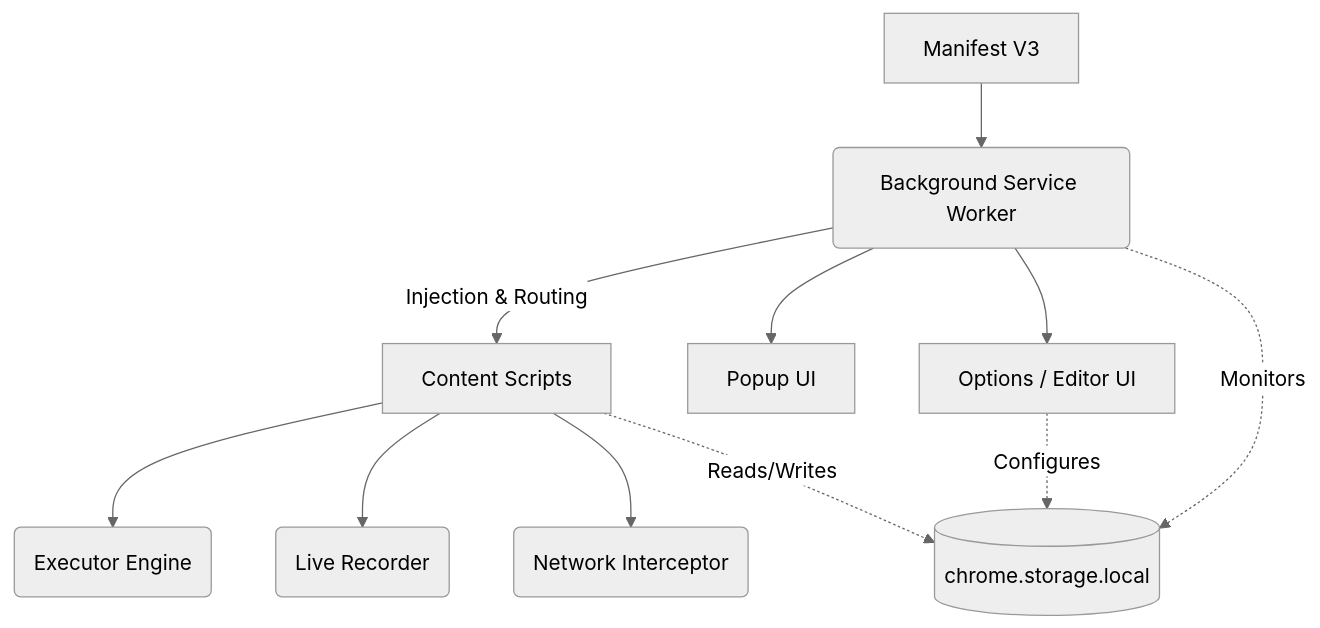
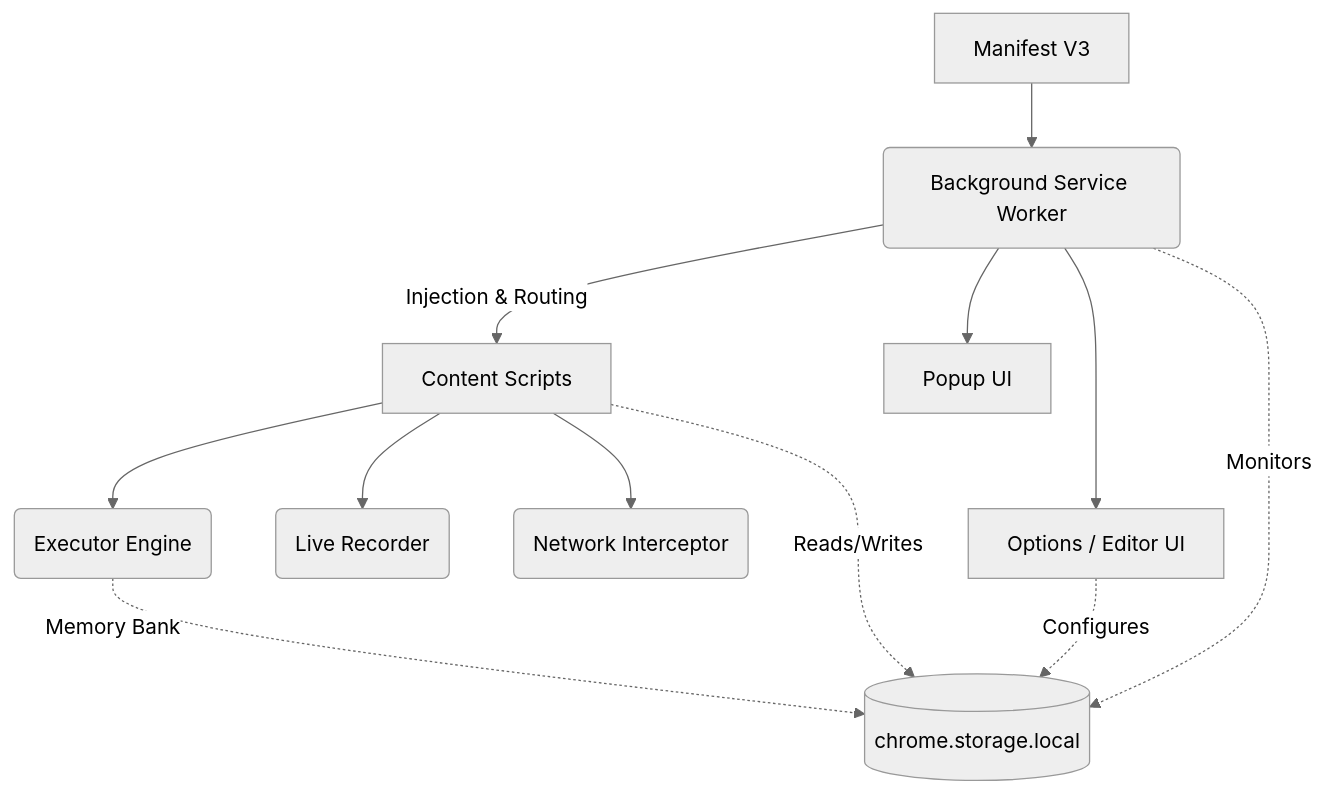
One commit to visiontech-com-ai/TaskOrbit changed the diagram in README.md. Above: the diagram before and after it, drawn with Mermaid (neutral theme). The commit also changed other lines of this file and 1928 other files, not shown here.

````diff
--- a/README.md
+++ b/README.md
@@ -168,13 +234,14 @@
 ```mermaid
 graph TD
     A[Manifest V3] --> B(Background Service Worker)
     B -->|Injection & Routing| C[Content Scripts]
     C --> D(Executor Engine)
     C --> E(Live Recorder)
     C --> F(Network Interceptor)
     B --> G[Popup UI]
     B --> H[Options / Editor UI]
     C -.->|Reads/Writes| I[(chrome.storage.local)]
     H -.->|Configures| I
     B -.->|Monitors| I
+    D -.->|Memory Bank| I
 ```
````
